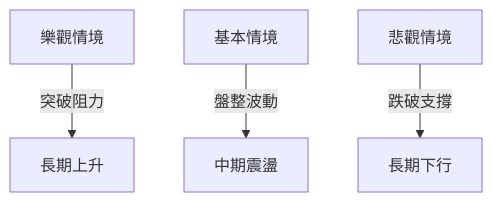
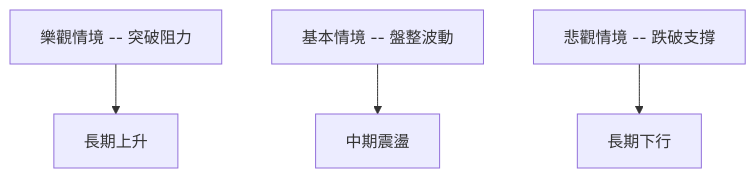
Diagram 11 of 11 in ai_gen_report/stock/pltr/technical_analysis_2026-04-01_openai.md (yennanliu/finance_data), drawn with Mermaid before and after one commit. The commit also changed other lines of this file and 2258 other files, not shown here.

First line of the commit message:
chore: backfill Mermaid syntax repair across existing reports

````diff
--- a/ai_gen_report/stock/pltr/technical_analysis_2026-04-01_openai.md
+++ b/ai_gen_report/stock/pltr/technical_analysis_2026-04-01_openai.md
@@ -399,6 +399,6 @@
 ```mermaid
 graph TD
-    樂觀情境 -- 突破阻力 --> 長期上升
-    基本情境 -- 盤整波動 --> 中期震盪
-    悲觀情境 -- 跌破支撐 --> 長期下行
+    nb1["樂觀情境 -- 突破阻力"] --> 長期上升
+    nb2["基本情境 -- 盤整波動"] --> 中期震盪
+    nb3["悲觀情境 -- 跌破支撐"] --> 長期下行
 ```
````
